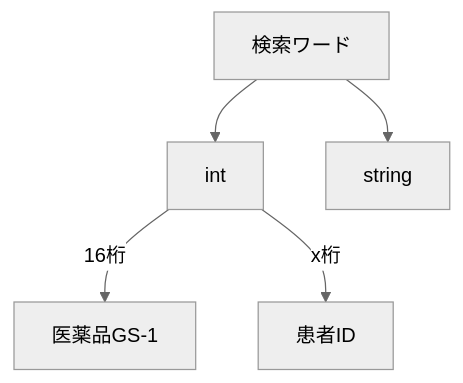
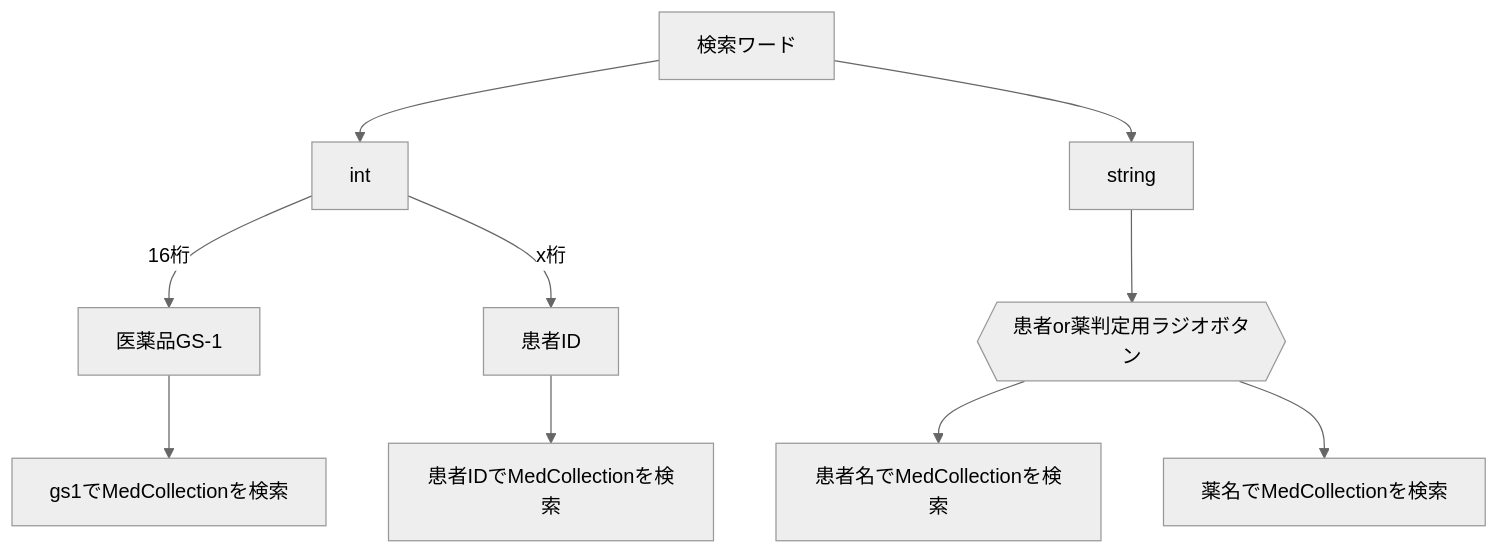
Before and after one commit to obutora/ODP_calc: the fourth of 7 diagrams in readme.md, drawn with Mermaid (neutral theme).

````diff
--- a/readme.md
+++ b/readme.md
@@ -59,7 +59,13 @@
 ```mermaid
 flowchart TD
 検索ワード --> int
 検索ワード --> string
-int -- 16桁 --> 医薬品GS-1
+int -- 16桁 --> gs1[医薬品GS-1]
+gs1 --> gs1でMedCollectionを検索
 int -- x桁 --> 患者ID
+患者ID --> 患者IDでMedCollectionを検索
+string --> radio{{患者or薬判定用ラジオボタン}}
+radio --> 患者名でMedCollectionを検索
+radio --> 薬名でMedCollectionを検索
+
 ```
````
